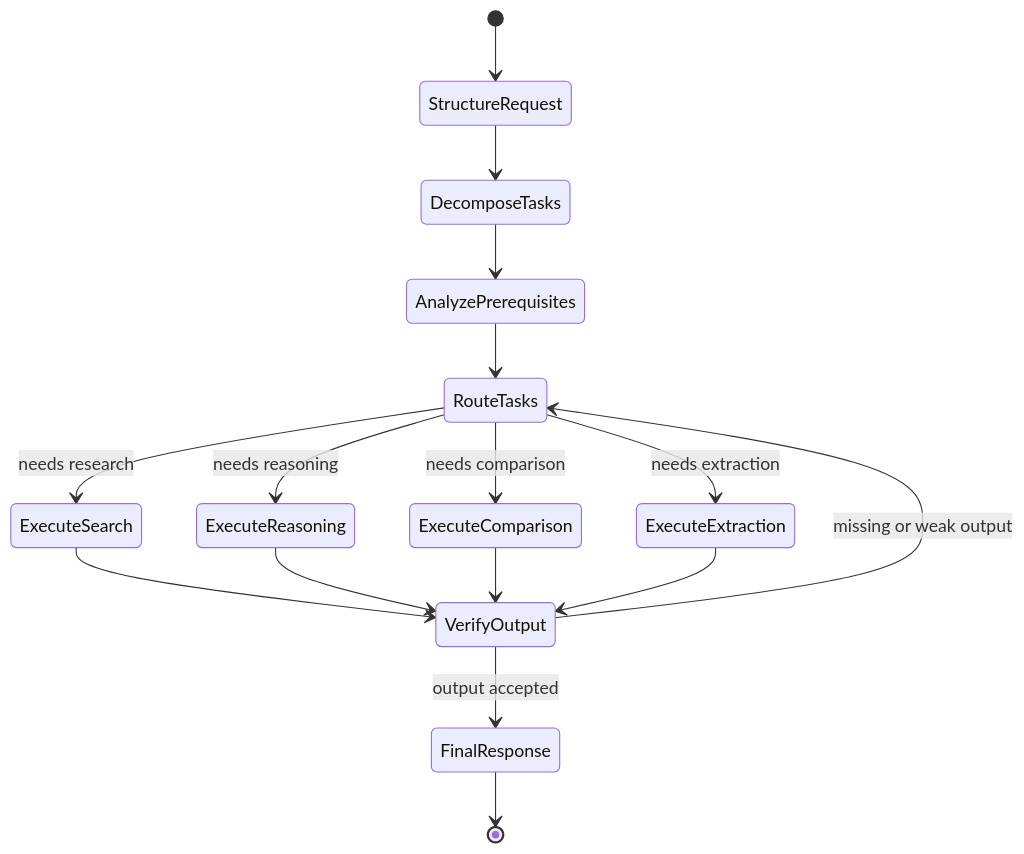
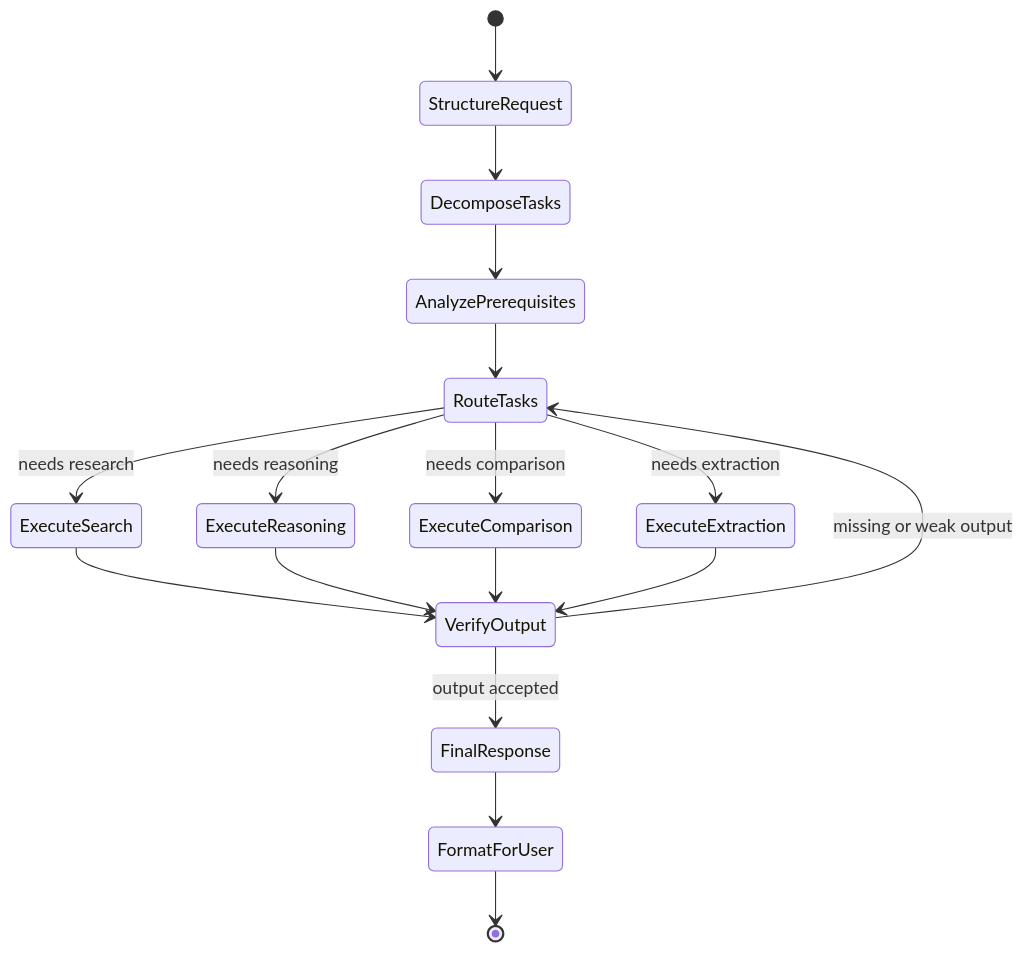
Before and after one commit to Hassaan146/agentic-ai-workflow: the second of 9 diagrams in docs/diagrams.md, drawn with Mermaid. The commit also changed other lines of this file, not shown here.

Commit message:
Add response preference diagrams

````diff
--- a/docs/diagrams.md
+++ b/docs/diagrams.md
@@ -32,18 +33,19 @@
 ```mermaid
 stateDiagram-v2
     [*] --> StructureRequest
     StructureRequest --> DecomposeTasks
     DecomposeTasks --> AnalyzePrerequisites
     AnalyzePrerequisites --> RouteTasks
     RouteTasks --> ExecuteSearch : needs research
     RouteTasks --> ExecuteReasoning : needs reasoning
     RouteTasks --> ExecuteComparison : needs comparison
     RouteTasks --> ExecuteExtraction : needs extraction
     ExecuteSearch --> VerifyOutput
     ExecuteReasoning --> VerifyOutput
     ExecuteComparison --> VerifyOutput
     ExecuteExtraction --> VerifyOutput
     VerifyOutput --> RouteTasks : missing or weak output
     VerifyOutput --> FinalResponse : output accepted
-    FinalResponse --> [*]
+    FinalResponse --> FormatForUser
+    FormatForUser --> [*]
 ```
````
